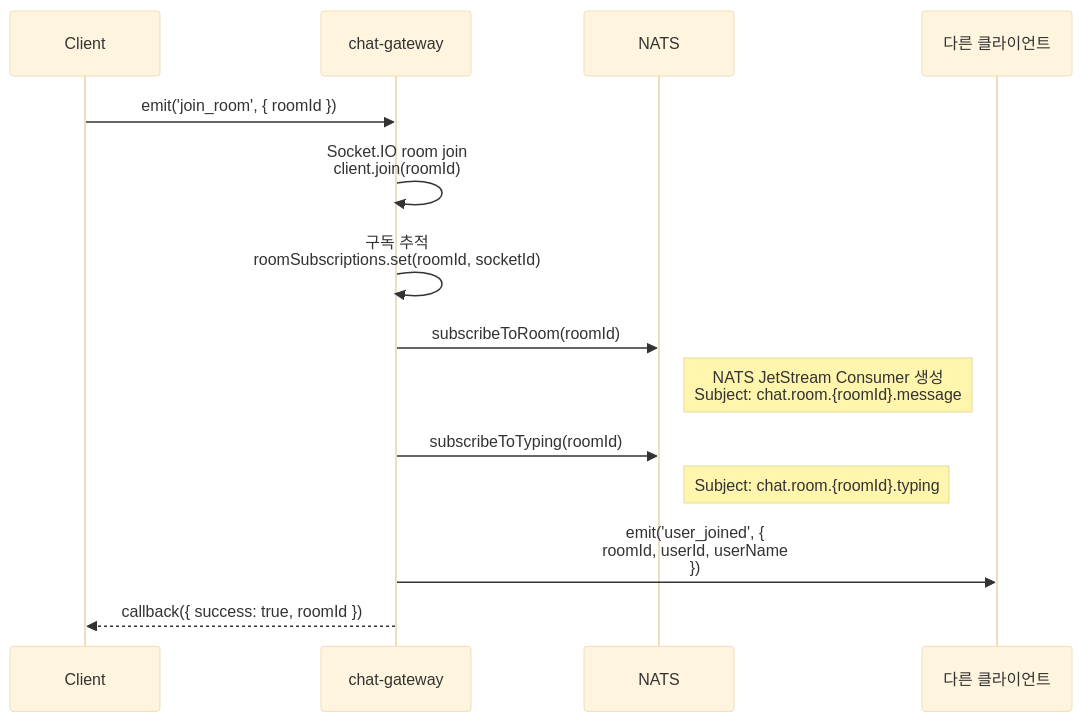
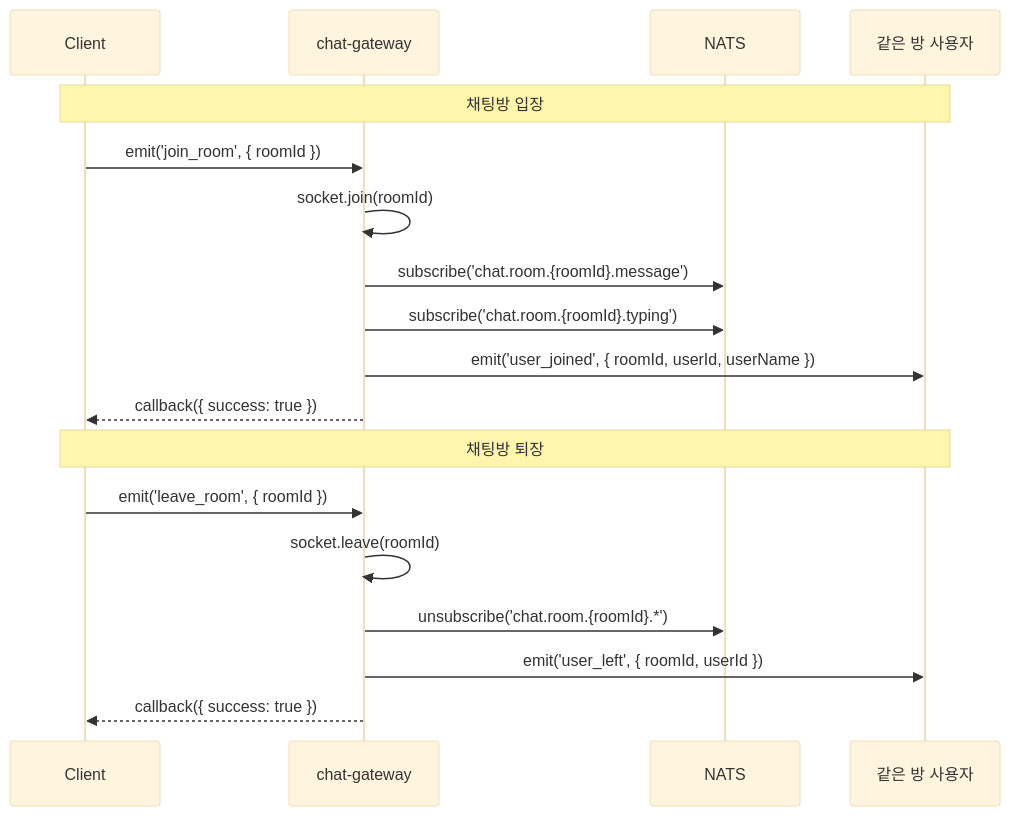
Before and after one commit to uniyous/parkgolf-platform: the seventh of 28 diagrams in docs/CHAT_WORKFLOW.md, drawn with Mermaid (base theme). The commit also changed other lines of this file and 2 other files, not shown here.

First line of the commit message:
refactor(user-app-ios): AppDelegate를 ParkGolfApp.swift에 통합 및 docs 업데이트

````diff
--- a/docs/CHAT_WORKFLOW.md
+++ b/docs/CHAT_WORKFLOW.md
@@ -324,22 +193,22 @@
 ```mermaid
 sequenceDiagram
     participant Client
     participant Gateway as chat-gateway
     participant NATS
-    participant OtherClients as 다른 클라이언트
+    participant Others as 같은 방 사용자
 
+    Note over Client,Others: 채팅방 입장
     Client->>Gateway: emit('join_room', { roomId })
+    Gateway->>Gateway: socket.join(roomId)
+    Gateway->>NATS: subscribe('chat.room.{roomId}.message')
+    Gateway->>NATS: subscribe('chat.room.{roomId}.typing')
+    Gateway->>Others: emit('user_joined', { roomId, userId, userName })
+    Gateway-->>Client: callback({ success: true })
 
-    Gateway->>Gateway: Socket.IO room join<br/>client.join(roomId)
-    Gateway->>Gateway: 구독 추적<br/>roomSubscriptions.set(roomId, socketId)
-
-    Gateway->>NATS: subscribeToRoom(roomId)
-    Note right of NATS: NATS JetStream Consumer 생성<br/>Subject: chat.room.{roomId}.message
-
-    Gateway->>NATS: subscribeToTyping(roomId)
-    Note right of NATS: Subject: chat.room.{roomId}.typing
-
-    Gateway->>OtherClients: emit('user_joined', {<br/>  roomId, userId, userName<br/>})
-
-    Gateway-->>Client: callback({ success: true, roomId })
+    Note over Client,Others: 채팅방 퇴장
+    Client->>Gateway: emit('leave_room', { roomId })
+    Gateway->>Gateway: socket.leave(roomId)
+    Gateway->>NATS: unsubscribe('chat.room.{roomId}.*')
+    Gateway->>Others: emit('user_left', { roomId, userId })
+    Gateway-->>Client: callback({ success: true })
 ```
````
